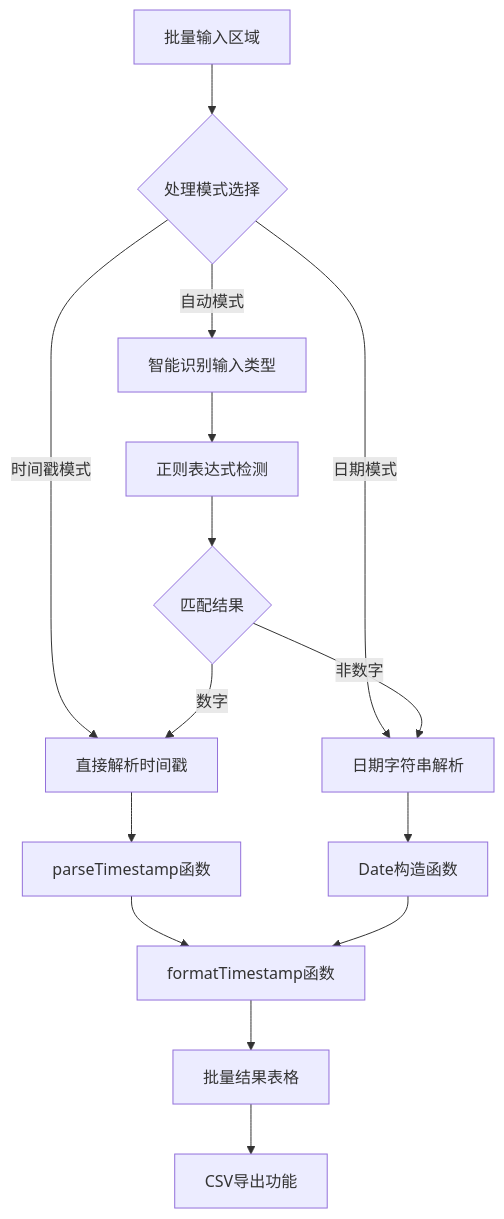
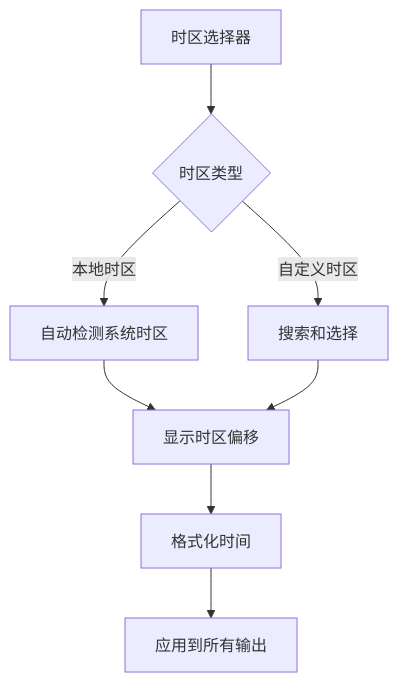
The eighth of 13 diagrams in .qoder/repowiki/zh/content/开发者工具/时间戳工具.md (sgyy/privadeck), drawn with Mermaid before and after one commit. The commit also changed other lines of this file and 48 other files, not shown here.

````diff
--- a/.qoder/repowiki/zh/content/开发者工具/时间戳工具.md
+++ b/.qoder/repowiki/zh/content/开发者工具/时间戳工具.md
@@ -230,17 +409,10 @@
 ```mermaid
 flowchart TD
-A[批量输入区域] --> B{处理模式选择}
-B --> |自动模式| C[智能识别输入类型]
-B --> |时间戳模式| D[直接解析时间戳]
-B --> |日期模式| E[日期字符串解析]
-C --> F[正则表达式检测]
-F --> G{匹配结果}
-G --> |数字| D
-G --> |非数字| E
-D --> H[parseTimestamp函数]
-E --> I[Date构造函数]
-H --> J[formatTimestamp函数]
-I --> J
-J --> K[批量结果表格]
-K --> L[CSV导出功能]
+A[时区选择器] --> B{时区类型}
+B --> |本地时区| C[自动检测系统时区]
+B --> |自定义时区| D[搜索和选择]
+C --> E[显示时区偏移]
+D --> E
+E --> F[格式化时间]
+F --> G[应用到所有输出]
 ```
````
